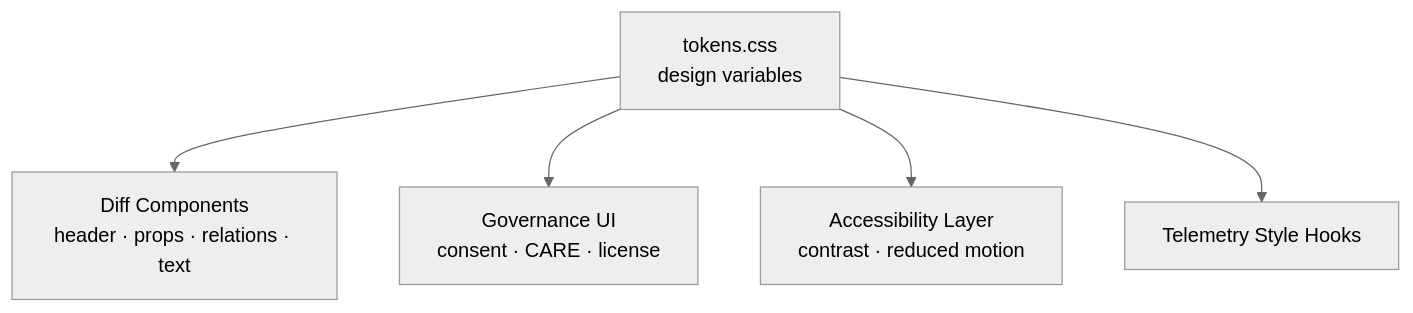
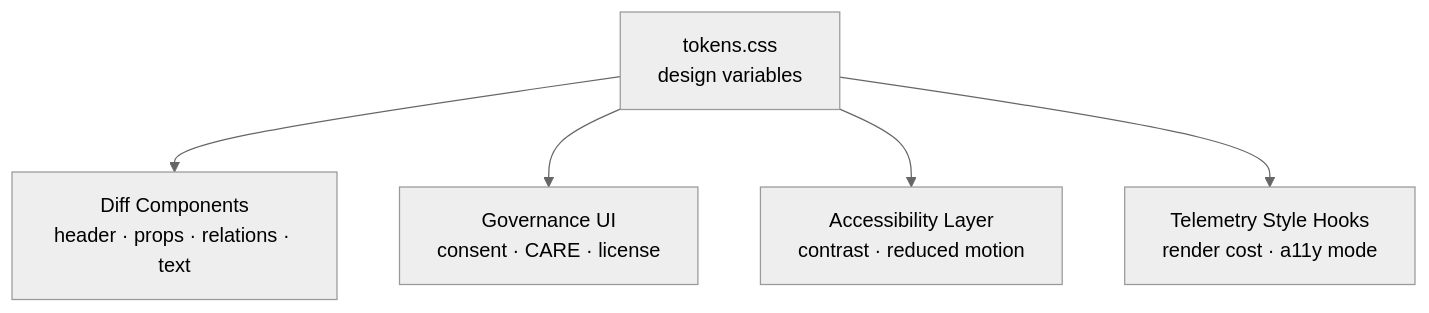
Before and after one commit to bartytime4life/Kansas-Frontier-Matrix: the first of 3 diagrams in web/src/entities/diff-first/styles/README.md, drawn with Mermaid (neutral theme). The commit also changed other lines of this file, not shown here.

````diff
--- a/web/src/entities/diff-first/styles/README.md
+++ b/web/src/entities/diff-first/styles/README.md
@@ -65,7 +138,7 @@
-```mermaid
+~~~mermaid
 flowchart TD
     TOK["tokens.css<br/>design variables"] --> DIFF["Diff Components<br/>header · props · relations · text"]
     TOK --> GOV["Governance UI<br/>consent · CARE · license"]
     TOK --> A11Y["Accessibility Layer<br/>contrast · reduced motion"]
-    TOK --> TEL["Telemetry Style Hooks"]
-```
+    TOK --> TEL["Telemetry Style Hooks<br/>render cost · a11y mode"]
+~~~
````
